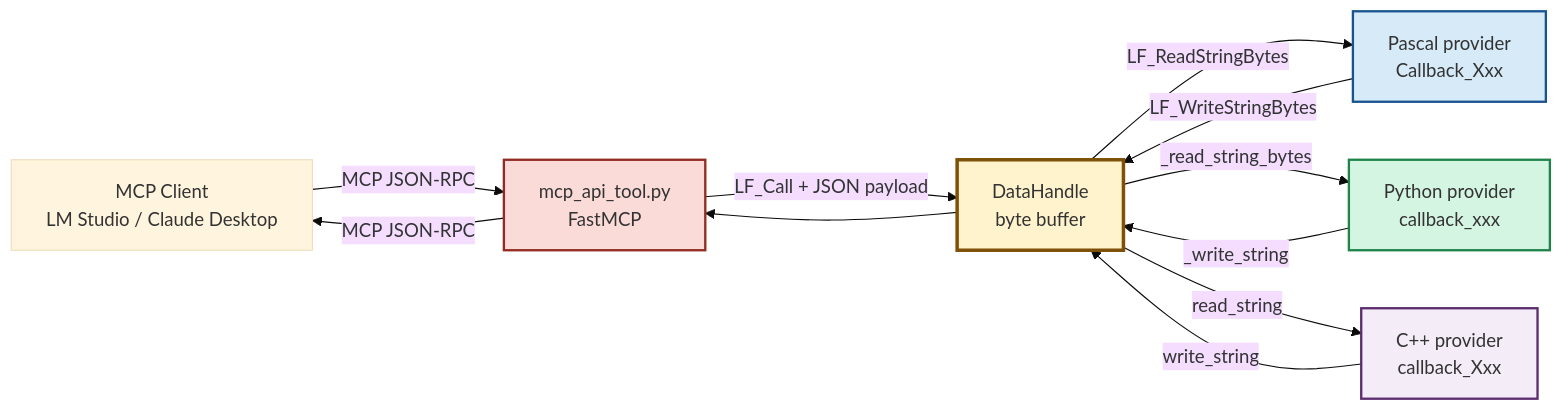
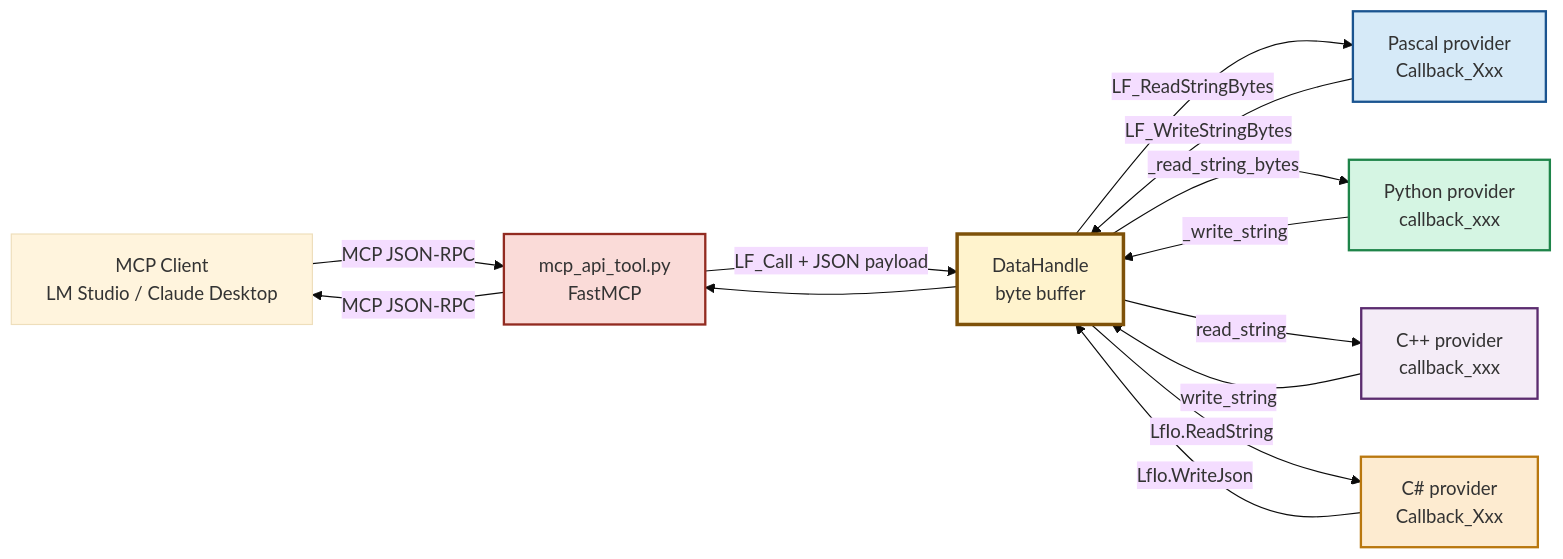
The first of 13 diagrams in src/pascal_c_to_mcp/MCP_API_Contract.md (PassByYou888/LingoFuse-Tools), drawn with Mermaid (base theme) before and after one commit. The commit also changed other lines of this file and 35 other files, not shown here.

````diff
--- a/src/pascal_c_to_mcp/MCP_API_Contract.md
+++ b/src/pascal_c_to_mcp/MCP_API_Contract.md
@@ -58,19 +59,22 @@
 ```mermaid
 flowchart LR
     Client["MCP Client<br/>LM Studio / Claude Desktop"] -->|"MCP JSON-RPC"| MCP["mcp_api_tool.py<br/>FastMCP"]
     MCP -->|"LF_Call + JSON payload"| DH["DataHandle<br/>byte buffer"]
     DH -->|"LF_ReadStringBytes"| PAS["Pascal provider<br/>Callback_Xxx"]
     DH -->|"_read_string_bytes"| PYC["Python provider<br/>callback_xxx"]
-    DH -->|"read_string"| CPP["C++ provider<br/>callback_Xxx"]
+    DH -->|"read_string"| CPP["C++ provider<br/>callback_xxx"]
+    DH -->|"LfIo.ReadString"| CSC["C# provider<br/>Callback_Xxx"]
     PAS -->|"LF_WriteStringBytes"| DH
     PYC -->|"_write_string"| DH
     CPP -->|"write_string"| DH
+    CSC -->|"LfIo.WriteJson"| DH
     DH --> MCP
     MCP -->|"MCP JSON-RPC"| Client
 
     style DH fill:#FFF3CD,stroke:#7E5109,stroke-width:3px
     style PAS fill:#D6EAF8,stroke:#1A5490,stroke-width:2px
     style PYC fill:#D5F5E3,stroke:#1E8449,stroke-width:2px
     style CPP fill:#F4ECF7,stroke:#5B2C6F,stroke-width:2px
+    style CSC fill:#FDEBD0,stroke:#B9770E,stroke-width:2px
     style MCP fill:#FADBD8,stroke:#922B21,stroke-width:2px
 ```
````
